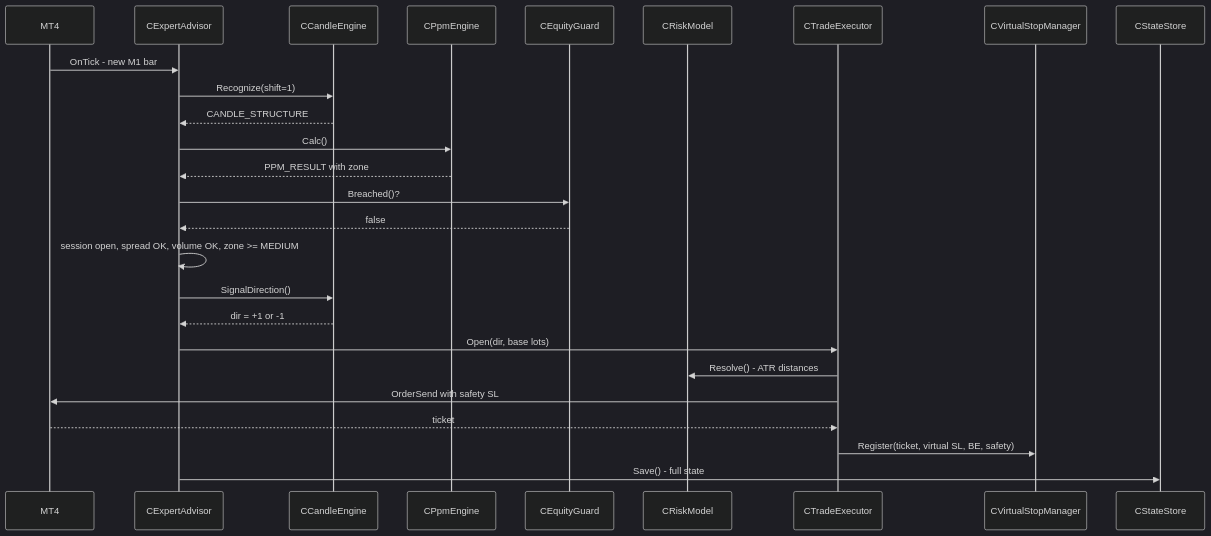
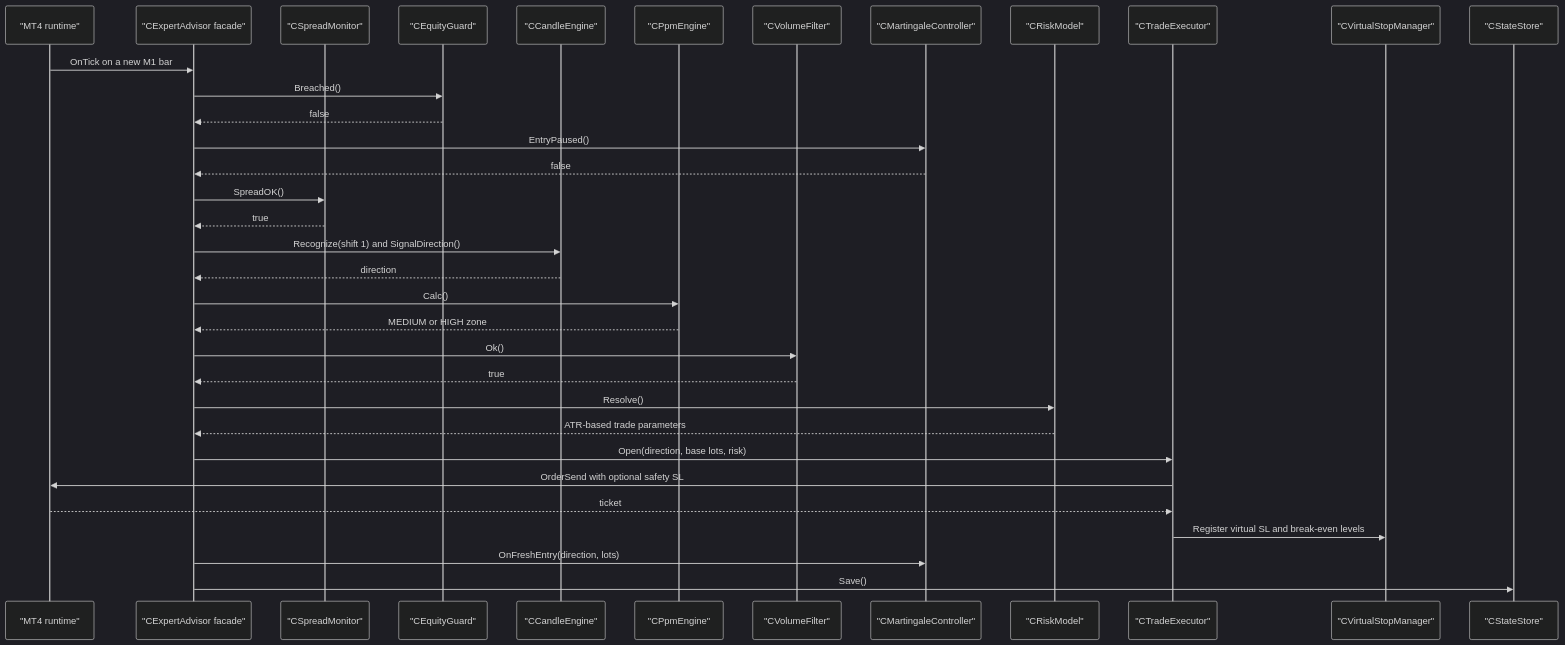
The third of 7 diagrams in README.md (nhasibuan/oneminuteman), drawn with Mermaid (dark theme) before and after one commit. The commit also changed other lines of this file and 1 other file, not shown here.

Commit message:
Add martingale ATR auto-calibration

````diff
--- a/README.md
+++ b/README.md
@@ -361,29 +360,37 @@
 ```mermaid
 sequenceDiagram
-    participant MT4
-    participant EA as CExpertAdvisor
-    participant Candle as CCandleEngine
-    participant PPM as CPpmEngine
-    participant Guard as CEquityGuard
-    participant Risk as CRiskModel
-    participant Exec as CTradeExecutor
-    participant VSL as CVirtualStopManager
-    participant Store as CStateStore
+    participant MT4 as "MT4 runtime"
+    participant EA as "CExpertAdvisor facade"
+    participant Spread as "CSpreadMonitor"
+    participant Guard as "CEquityGuard"
+    participant Candle as "CCandleEngine"
+    participant PPM as "CPpmEngine"
+    participant Volume as "CVolumeFilter"
+    participant Mart as "CMartingaleController"
+    participant Risk as "CRiskModel"
+    participant Exec as "CTradeExecutor"
+    participant VSL as "CVirtualStopManager"
+    participant Store as "CStateStore"
 
-    MT4->>EA: OnTick - new M1 bar
-    EA->>Candle: Recognize(shift=1)
-    Candle-->>EA: CANDLE_STRUCTURE
+    MT4->>EA: OnTick on a new M1 bar
+    EA->>Guard: Breached()
+    Guard-->>EA: false
+    EA->>Mart: EntryPaused()
+    Mart-->>EA: false
+    EA->>Spread: SpreadOK()
+    Spread-->>EA: true
+    EA->>Candle: Recognize(shift 1) and SignalDirection()
+    Candle-->>EA: direction
     EA->>PPM: Calc()
-    PPM-->>EA: PPM_RESULT with zone
-    EA->>Guard: Breached()?
-    Guard-->>EA: false
-    EA->>EA: session open, spread OK, volume OK, zone >= MEDIUM
-    EA->>Candle: SignalDirection()
-    Candle-->>EA: dir = +1 or -1
-    EA->>Exec: Open(dir, base lots)
-    Exec->>Risk: Resolve() - ATR distances
-    Exec->>MT4: OrderSend with safety SL
+    PPM-->>EA: MEDIUM or HIGH zone
+    EA->>Volume: Ok()
+    Volume-->>EA: true
+    EA->>Risk: Resolve()
+    Risk-->>EA: ATR-based trade parameters
+    EA->>Exec: Open(direction, base lots, risk)
+    Exec->>MT4: OrderSend with optional safety SL
     MT4-->>Exec: ticket
-    Exec->>VSL: Register(ticket, virtual SL, BE, safety)
-    EA->>Store: Save() - full state
+    Exec->>VSL: Register virtual SL and break-even levels
+    EA->>Mart: OnFreshEntry(direction, lots)
+    EA->>Store: Save()
 ```
````
